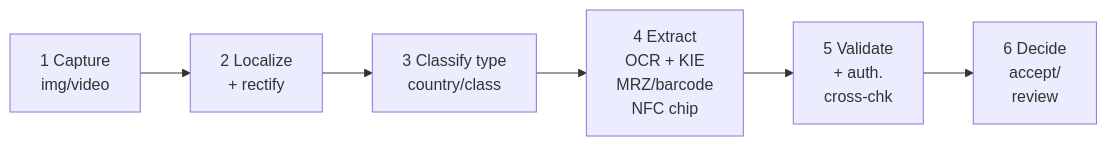
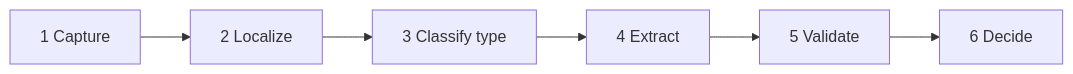
The first of 2 diagrams in 600-document-ai-ocr-identity.qmd (mikenguyen13/ai_in_action), drawn with Mermaid before and after one commit. The commit also changed other lines of this file and 52 other files, not shown here.

Commit message:
Fix Mermaid rendering in 22 chapters: remove ampersands and br tags from node labels, move detail to tables

````diff
--- a/600-document-ai-ocr-identity.qmd
+++ b/600-document-ai-ocr-identity.qmd
@@ -13,8 +13,8 @@
 ```{mermaid}
 flowchart LR
-    A["1 Capture<br/>img/video"] --> B["2 Localize<br/>+ rectify"]
-    B --> C["3 Classify type<br/>country/class"]
-    C --> D["4 Extract<br/>OCR + KIE<br/>MRZ/barcode<br/>NFC chip"]
-    D --> E["5 Validate<br/>+ auth.<br/>cross-chk"]
-    E --> F["6 Decide<br/>accept/<br/>review"]
+    A["1 Capture"] --> B["2 Localize"]
+    B --> C["3 Classify type"]
+    C --> D["4 Extract"]
+    D --> E["5 Validate"]
+    E --> F["6 Decide"]
 ```
````
